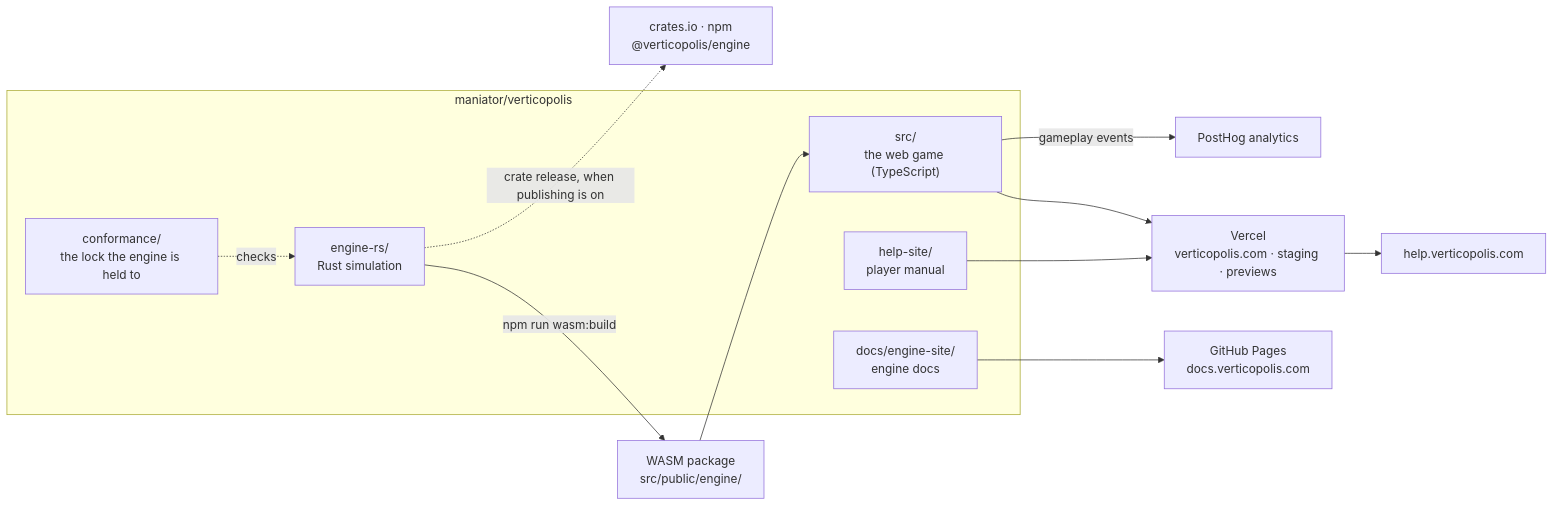
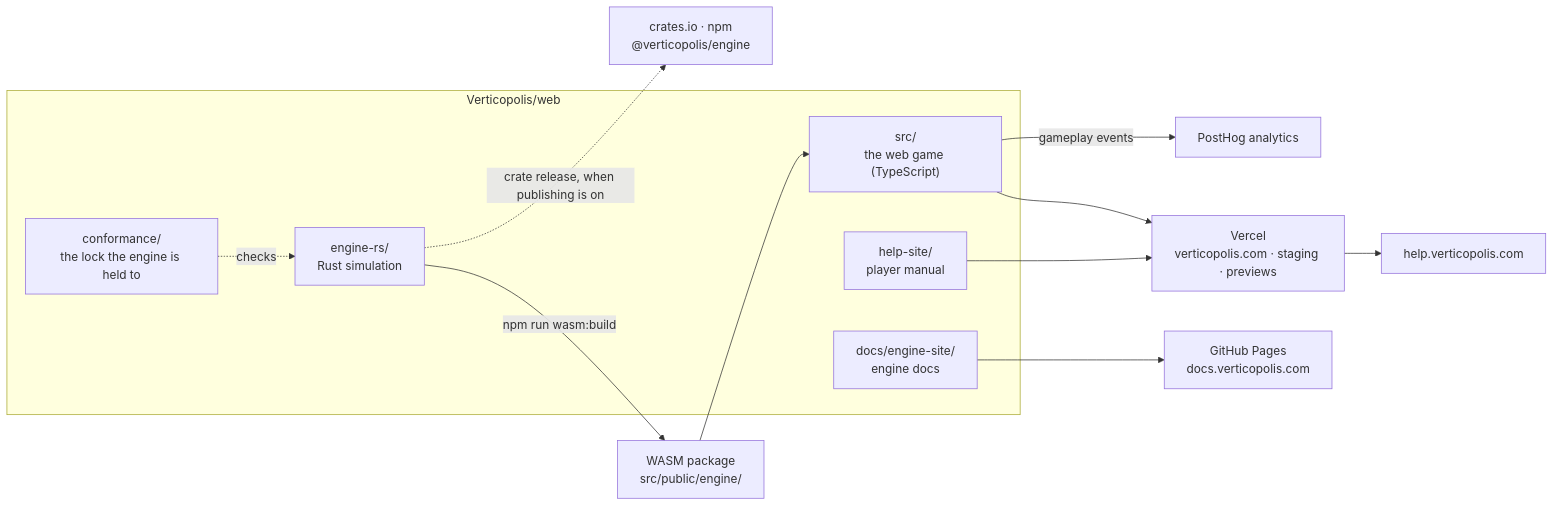
The diagram in docs/architecture/README.md (maniator/verticopolis), drawn with Mermaid before and after one commit. The commit also changed 30 other files, not shown here.

First line of the commit message:
Point the game's links at Verticopolis/web

````diff
--- a/docs/architecture/README.md
+++ b/docs/architecture/README.md
@@ -9,20 +9,20 @@
 ```mermaid
 flowchart LR
-    subgraph repo["maniator/verticopolis"]
+    subgraph repo["Verticopolis/web"]
         Engine["engine-rs/<br/>Rust simulation"]
         Web["src/<br/>the web game (TypeScript)"]
         Help["help-site/<br/>player manual"]
         DocsSite["docs/engine-site/<br/>engine docs"]
         Conf["conformance/<br/>the lock the engine is held to"]
     end
 
     Engine -->|"npm run wasm:build"| Pkg["WASM package<br/>src/public/engine/"]
     Pkg --> Web
     Conf -.checks.-> Engine
     Web --> Vercel["Vercel<br/>verticopolis.com · staging · previews"]
     Help --> Vercel
     Vercel --> HelpHost["help.verticopolis.com"]
     DocsSite --> Pages["GitHub Pages<br/>docs.verticopolis.com"]
     Engine -.->|"crate release, when publishing is on"| Registries["crates.io · npm<br/>@verticopolis/engine"]
     Web -->|"gameplay events"| PostHog["PostHog analytics"]
 ```
````
